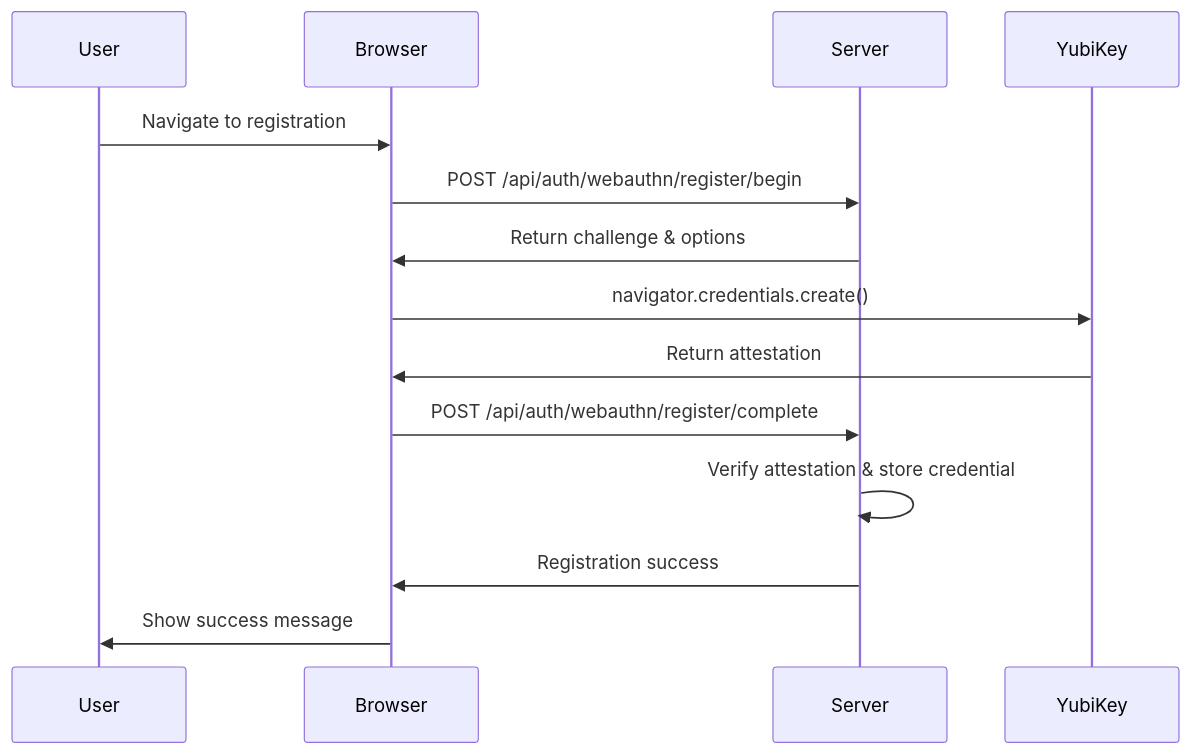
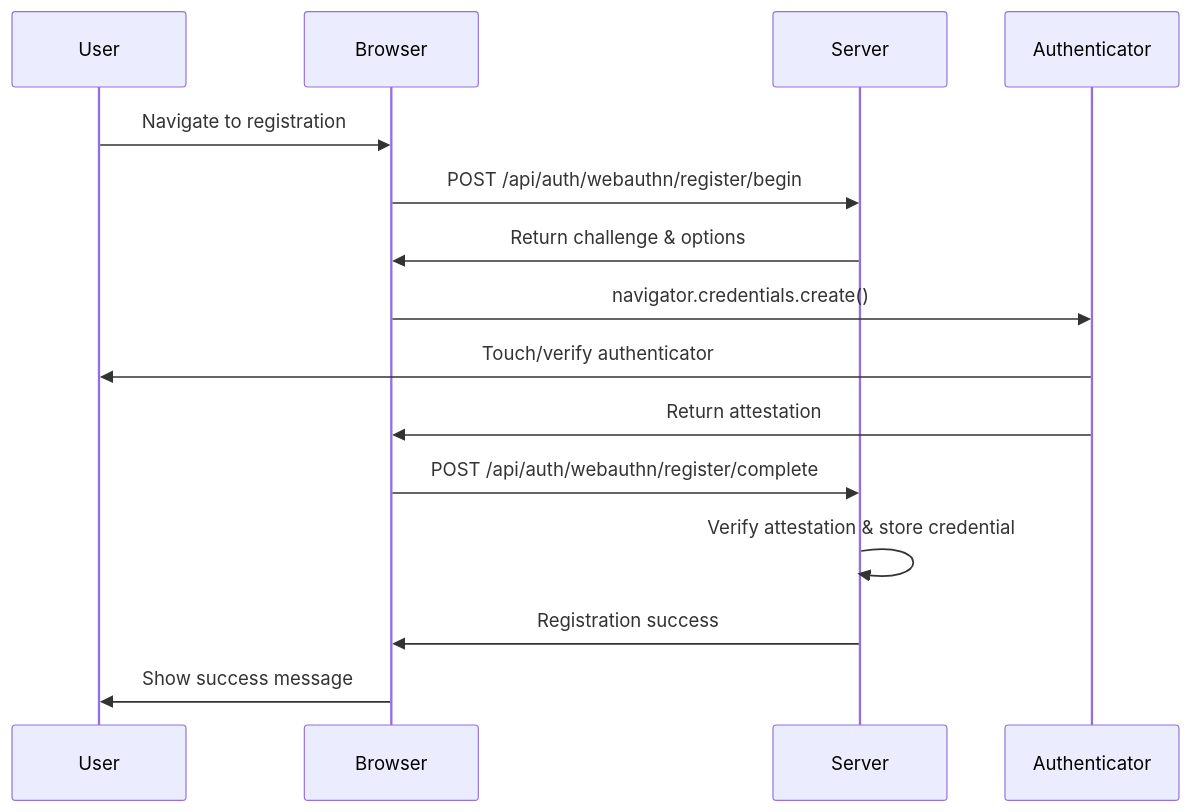
The first of 2 diagrams in docs/TECHNICAL_DESIGN.md (c39018084/yublog), drawn with Mermaid before and after one commit. The commit also changed other lines of this file, not shown here.

Commit message:
Update technical documentation to reflect current project state - Remove QR code references, focus on WebAuthn implementation, update database schema

````diff
--- a/docs/TECHNICAL_DESIGN.md
+++ b/docs/TECHNICAL_DESIGN.md
@@ -596,17 +517,18 @@
 ```mermaid
 sequenceDiagram
     participant U as User
     participant B as Browser
     participant S as Server
-    participant Y as YubiKey
+    participant A as Authenticator
     
     U->>B: Navigate to registration
     B->>S: POST /api/auth/webauthn/register/begin
     S->>B: Return challenge & options
-    B->>Y: navigator.credentials.create()
-    Y->>B: Return attestation
+    B->>A: navigator.credentials.create()
+    A->>U: Touch/verify authenticator
+    A->>B: Return attestation
     B->>S: POST /api/auth/webauthn/register/complete
     S->>S: Verify attestation & store credential
     S->>B: Registration success
     B->>U: Show success message
 ```
````
